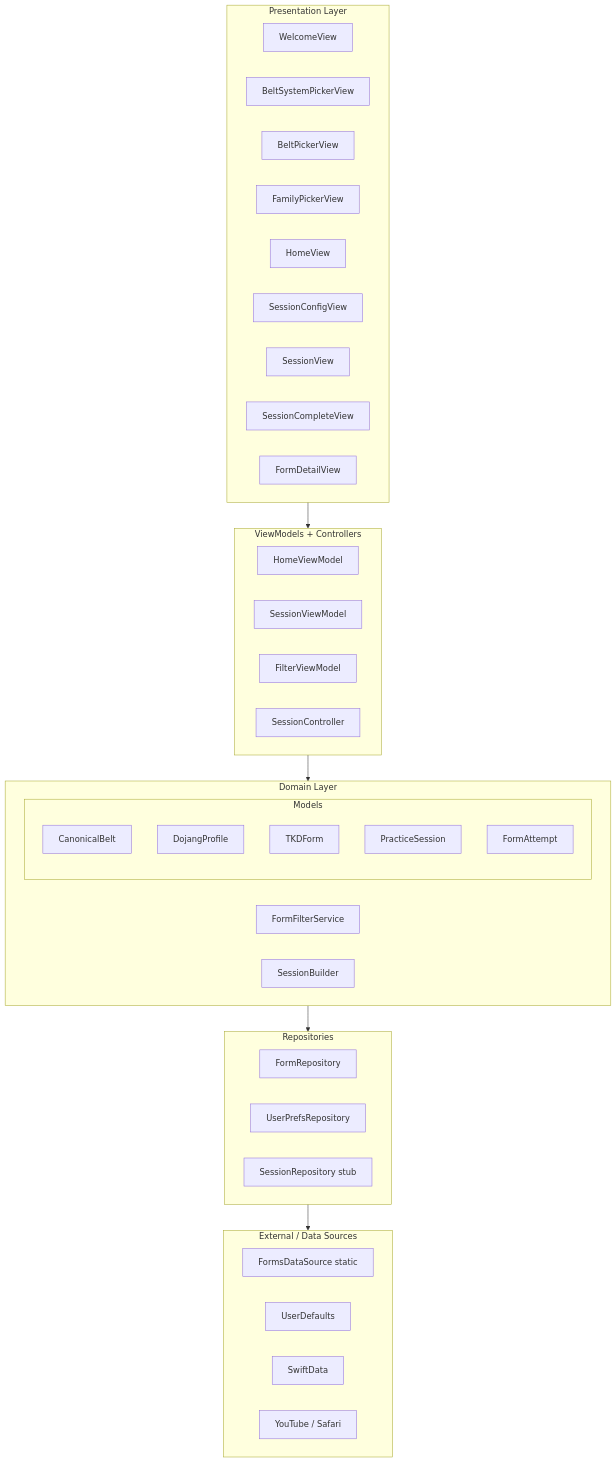
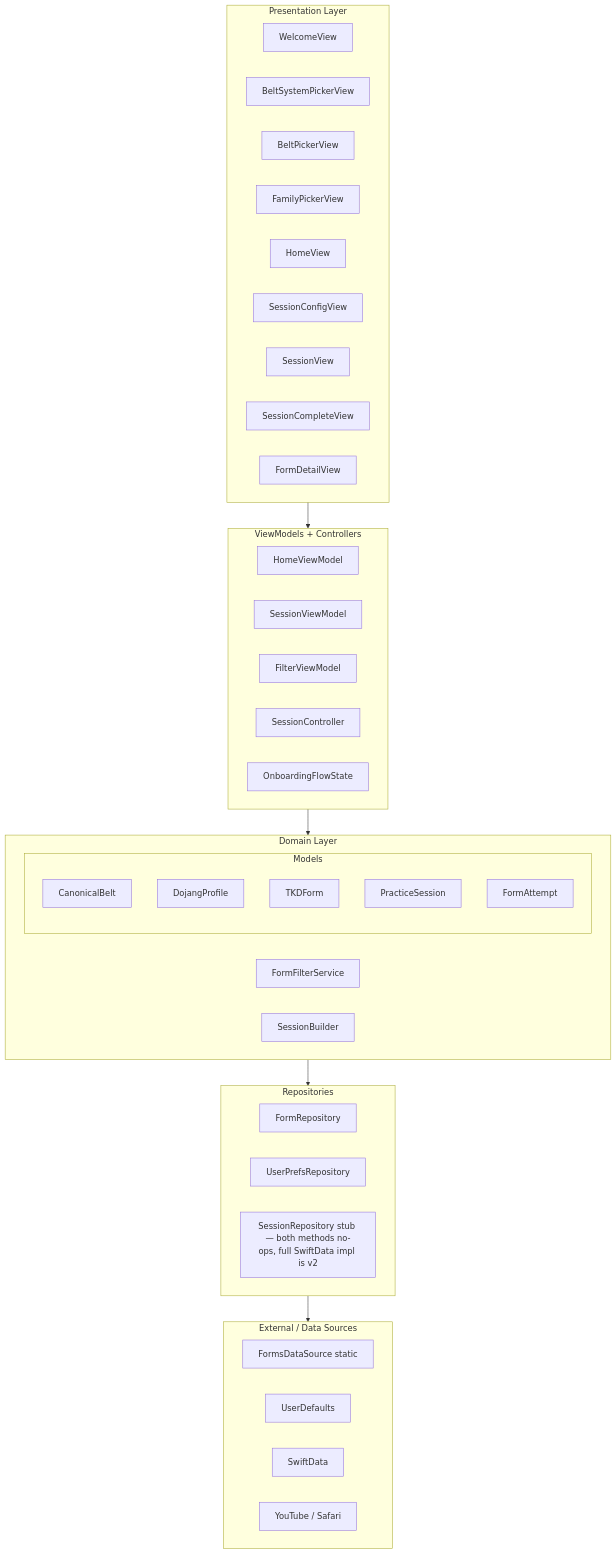
Before and after one commit to rclecha/PoomsaeFlow: the first of 5 diagrams in ARCHITECTURE.md, drawn with Mermaid. The commit also changed other lines of this file and 3 other files, not shown here.

First line of the commit message:
docs: post-v1.0 audit — update CLAUDE.md, ARCHITECTURE.md, IMPLEMENTATION_PLAN.md, README.md

````diff
--- a/ARCHITECTURE.md
+++ b/ARCHITECTURE.md
@@ -5,51 +5,52 @@
 ```mermaid
 graph TD
     subgraph Presentation["Presentation Layer"]
         WV[WelcomeView]
         BSP[BeltSystemPickerView]
         BP[BeltPickerView]
         FP[FamilyPickerView]
         HV[HomeView]
         SCV[SessionConfigView]
         SV[SessionView]
         SCO[SessionCompleteView]
         FDV[FormDetailView]
     end
 
     subgraph VMC["ViewModels + Controllers"]
         HVM[HomeViewModel]
         SVM[SessionViewModel]
         FVM[FilterViewModel]
         SC[SessionController]
+        OFS[OnboardingFlowState]
     end
 
     subgraph Domain["Domain Layer"]
         FFS[FormFilterService]
         SB[SessionBuilder]
         subgraph Models["Models"]
             CB[CanonicalBelt]
             DP[DojangProfile]
             TF[TKDForm]
             PS[PracticeSession]
             FA[FormAttempt]
         end
     end
 
     subgraph Repos["Repositories"]
         FR[FormRepository]
         UPR[UserPrefsRepository]
-        SR[SessionRepository stub]
+        SR[SessionRepository stub — both methods no-ops, full SwiftData impl is v2]
     end
 
     subgraph External["External / Data Sources"]
         FDS[FormsDataSource static]
         UD[UserDefaults]
         SD[SwiftData]
         YT[YouTube / Safari]
     end
 
     Presentation --> VMC
     VMC --> Domain
     Domain --> Repos
     Repos --> External
 ```
````
